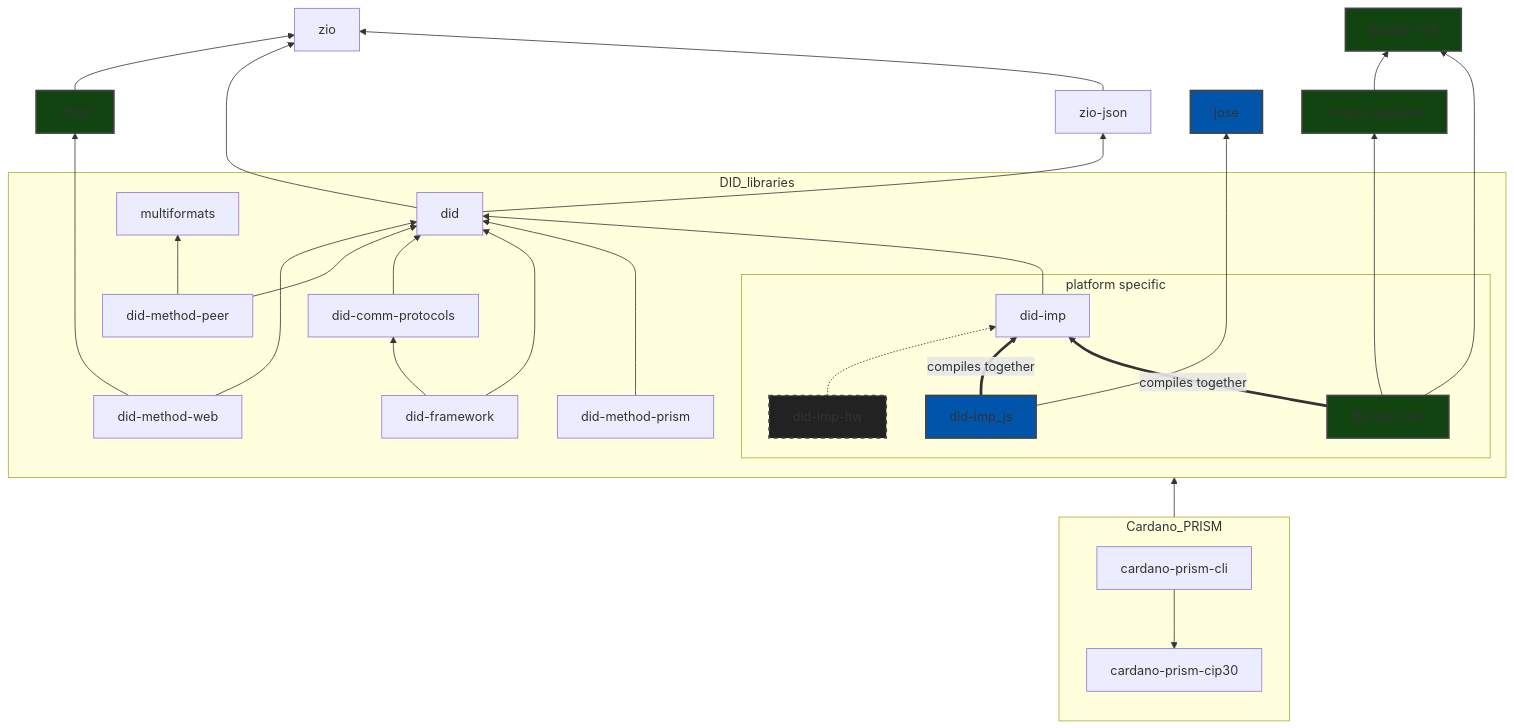
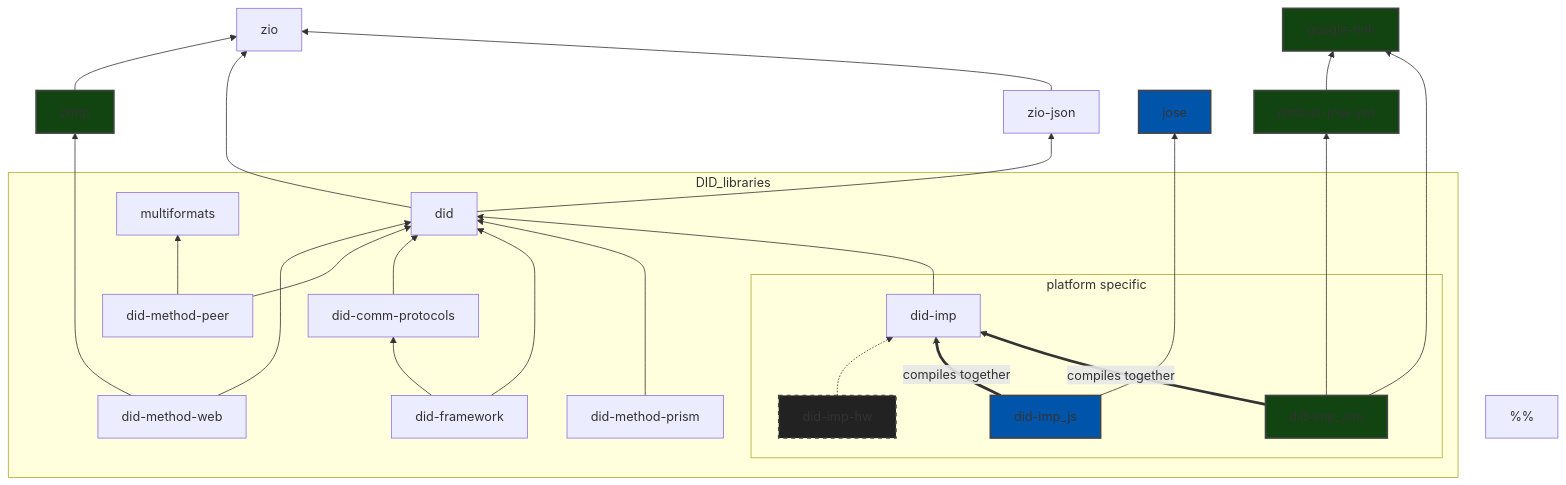
One commit to FabioPinheiro/scala-did changed the first of 2 diagrams in README.md. Above: the diagram before and after it, drawn with Mermaid. The commit also changed other lines of this file, not shown here.

````diff
--- a/README.md
+++ b/README.md
@@ -92,44 +92,66 @@
 ```mermaid
 flowchart BT
 
   zhttp --> zio
   did --> zio
   zio-json --> zio
   did --> zio-json
   did-method-web ----> zhttp:::JVM
 
   subgraph DID_libraries
     did-method-peer --> multiformats
     subgraph platform specific
       did-imp
       did-imp-hw:::Others -.-> did-imp
       did-imp_js:::JS ==>|compiles together| did-imp
       did-imp_jvm:::JVM ==>|compiles together| did-imp
     end
     did-method-web --> did
     did-method-peer --> did
     did-comm-protocols --> did
     did-framework --> did
     did-method-prism ---> did
     did-framework --> did-comm-protocols
     did-imp --> did
 
   end
 
   did-imp_jvm:::JVM ----> nimbus-jose-jwt:::JVM --> google-tink:::JVM
   did-imp_jvm:::JVM ---> google-tink
 
   did-imp_js ----> jose:::JS
 
-  subgraph Cardano_PRISM
-    %%cardano-prism-cip30 --> did-method-prism
-    cardano-prism-cli --> cardano-prism-cip30
-  end
-
-  Cardano_PRISM ---> DID_libraries
+%%  subgraph Sandbox
+%%    webapp:::JS
+%%    demo
+%%    %% webapp:::JS --> did-framework
+%%    %% demo --> did-framework
+%%    %% demo --> did-method-web
+%%    %% demo --> did-method-peer
+%%    %% webapp:::JS --> did-imp_js
+%%    %% webapp:::JS  --> did-method-web
+%%    %% webapp:::JS  --> did-method-peer
+%%    %% webapp:::JS  --> did-example
+%%    %% demo  --> did-example
+%%    %% demo -.->|uses\serves| webapp
+%%
+%%    demo_jvm(demo_jvm\nA server):::JVM ==>|compiles together| demo
+%%    demo_jvm  --> did-example
+%%
+%%    %% did-example  --> did-method-peer
+%%    %% did-example  --> did-method-web
+%%  end
+%%
+%%  subgraph Cardano_PRISM
+%%    %%cardano-prism-cip30 --> did-method-prism
+%%    cardano-prism-cli --> cardano-prism-cip30
+%%  end
+%%
+%%  Cardano_PRISM ---> DID_libraries
+%%  Sandbox ---> DID_libraries
 
   classDef JVM fill:#141,stroke:#444,stroke-width:2px;
   classDef JS fill:#05a,stroke:#444,stroke-width:2px;
   classDef Others fill:#222,stroke:#444,stroke-width:2px,stroke-dasharray: 5 5;
 
 ```
````
